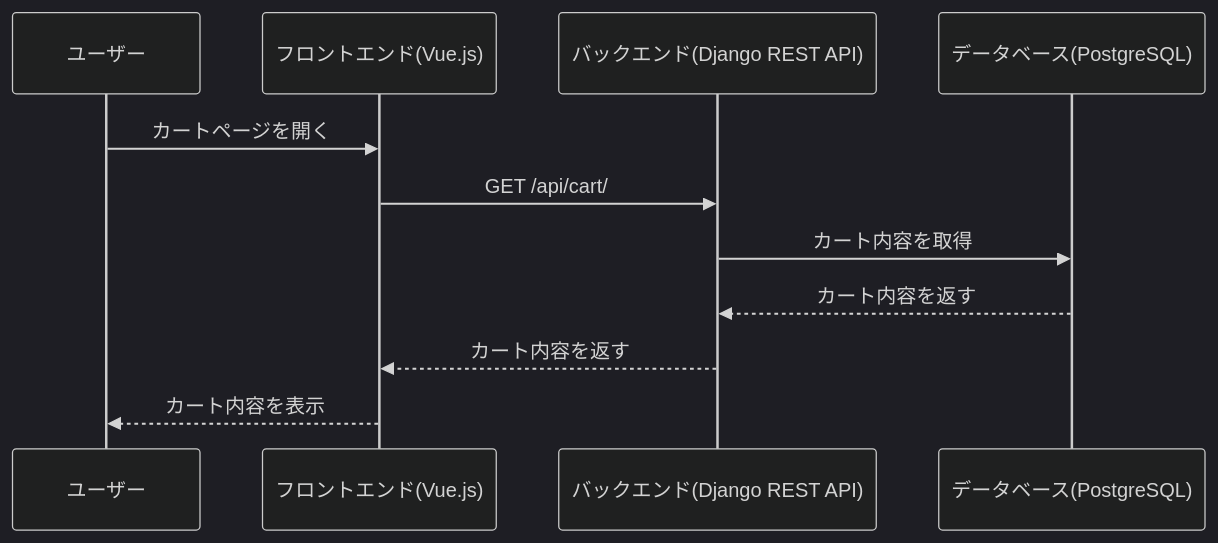
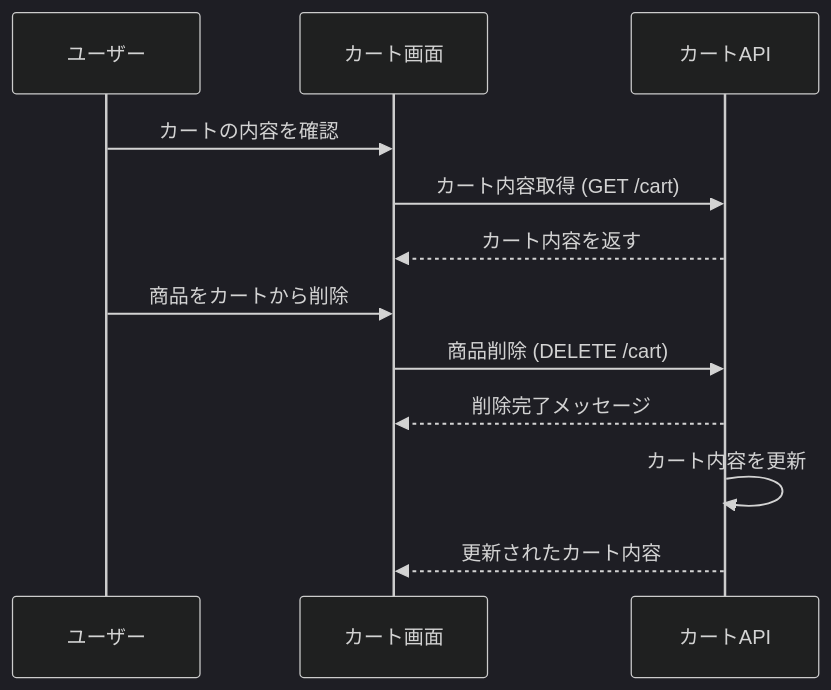
Before and after one commit to g-its-maruta/ai-dev-spec: the second of 4 diagrams in function/機能設計書.md, drawn with Mermaid (dark theme). The commit also changed other lines of this file and 5 other files, not shown here.

````diff
--- a/function/機能設計書.md
+++ b/function/機能設計書.md
@@ -39,14 +28,15 @@
 ```mermaid
 sequenceDiagram
-    participant User as ユーザー
-    participant VueApp as フロントエンド(Vue.js)
-    participant API as バックエンド(Django REST API)
-    participant DB as データベース(PostgreSQL)
+    participant ユーザー
+    participant カート画面
+    participant カートAPI
 
-    User->>VueApp: カートページを開く
-    VueApp->>API: GET /api/cart/
-    API->>DB: カート内容を取得
-    DB-->>API: カート内容を返す
-    API-->>VueApp: カート内容を返す
-    VueApp-->>User: カート内容を表示
+    ユーザー ->> カート画面: カートの内容を確認
+    カート画面 ->> カートAPI: カート内容取得 (GET /cart)
+    カートAPI -->> カート画面: カート内容を返す
+    ユーザー ->> カート画面: 商品をカートから削除
+    カート画面 ->> カートAPI: 商品削除 (DELETE /cart)
+    カートAPI -->> カート画面: 削除完了メッセージ
+    カートAPI ->> カートAPI: カート内容を更新
+    カートAPI -->> カート画面: 更新されたカート内容
 ```
````
